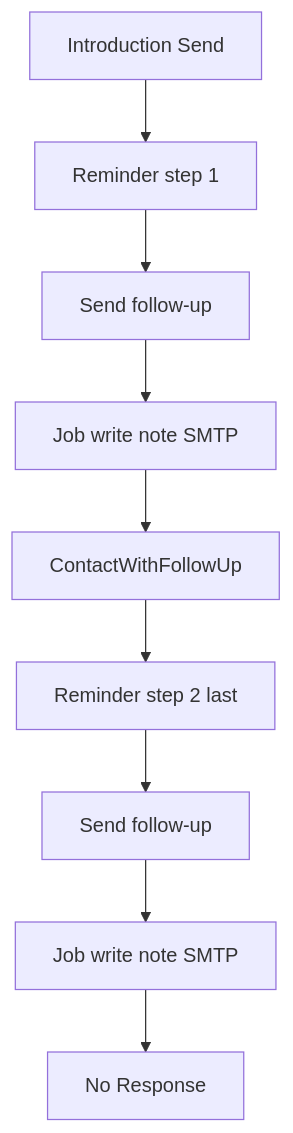
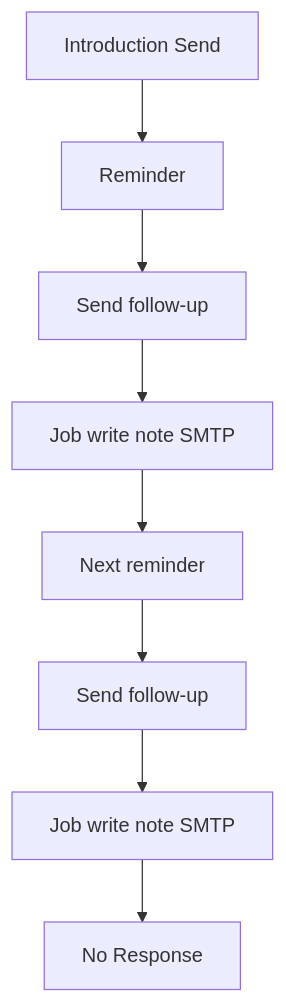
One commit to rogerio-pereira/CRM_AI changed the diagram in docs/FDRs/Done/FDR-021-follow-up-email-sequence.md. Above: the diagram before and after it, drawn with Mermaid. The commit also changed other lines of this file and 2 other files, not shown here.

First line of the commit message:
docs(adr): drop sequence numbers from follow-up reminders

````diff
--- a/docs/FDRs/Done/FDR-021-follow-up-email-sequence.md
+++ b/docs/FDRs/Done/FDR-021-follow-up-email-sequence.md
@@ -80,21 +79,19 @@
 ```mermaid
 flowchart TD
   intro[Introduction Send]
-  fu1[Reminder step 1]
+  fu1[Reminder]
   click1[Send follow-up]
   job1[Job write note SMTP]
-  ev1[ContactWithFollowUp]
-  fu2[Reminder step 2 last]
+  fu2[Next reminder]
   click2[Send follow-up]
   job2[Job write note SMTP]
   nr[No Response]
 
   intro --> fu1
   fu1 --> click1
   click1 --> job1
-  job1 --> ev1
-  ev1 --> fu2
+  job1 --> fu2
   fu2 --> click2
   click2 --> job2
   job2 --> nr
 ```
````
